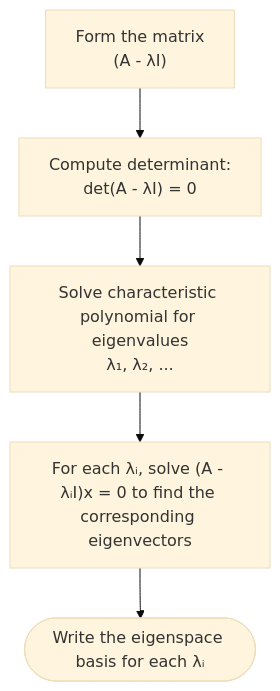
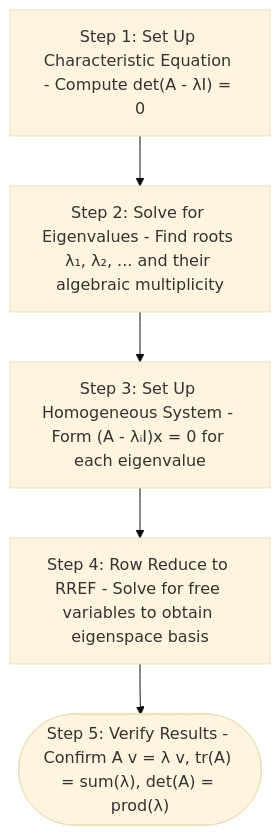
Before and after one commit to aidocmr/learn-bscs: the second of 2 diagrams in content/Year 1/Linear Algebra with MATLAB/8. Eigenvalues and Eigenvectors.md, drawn with Mermaid (base theme). The commit also changed other lines of this file, not shown here.

````diff
--- a/content/Year 1/Linear Algebra with MATLAB/8. Eigenvalues and Eigenvectors.md
+++ b/content/Year 1/Linear Algebra with MATLAB/8. Eigenvalues and Eigenvectors.md
@@ -44,7 +122,10 @@
 ```mermaid
 flowchart TD
-    A["Form the matrix<br>(A - λI)"] --> B["Compute determinant:<br>det(A - λI) = 0"]
-    B --> C["Solve characteristic polynomial for eigenvalues<br>λ₁, λ₂, ..."]
-    C --> D["For each λᵢ, solve (A - λᵢI)x = 0 to find the corresponding eigenvectors"]
-    D --> E(["Write the eigenspace basis for each λᵢ"])
+    Step1["Step 1: Set Up Characteristic Equation - Compute det(A - λI) = 0"]
+    Step2["Step 2: Solve for Eigenvalues - Find roots λ₁, λ₂, ... and their algebraic multiplicity"]
+    Step3["Step 3: Set Up Homogeneous System - Form (A - λᵢI)x = 0 for each eigenvalue"]
+    Step4["Step 4: Row Reduce to RREF - Solve for free variables to obtain eigenspace basis"]
+    Step5(["Step 5: Verify Results - Confirm A v = λ v, tr(A) = sum(λ), det(A) = prod(λ)"])
+
+    Step1 --> Step2 --> Step3 --> Step4 --> Step5
 ```
````
